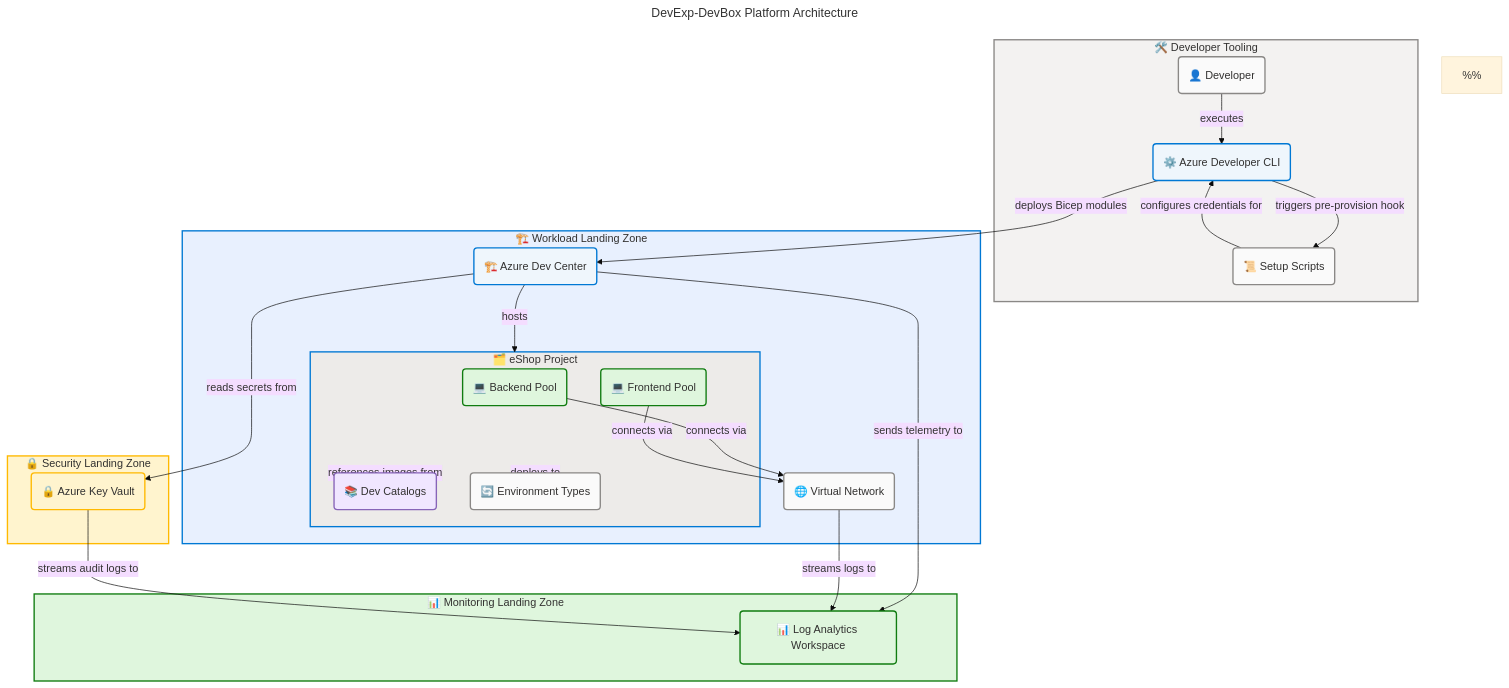
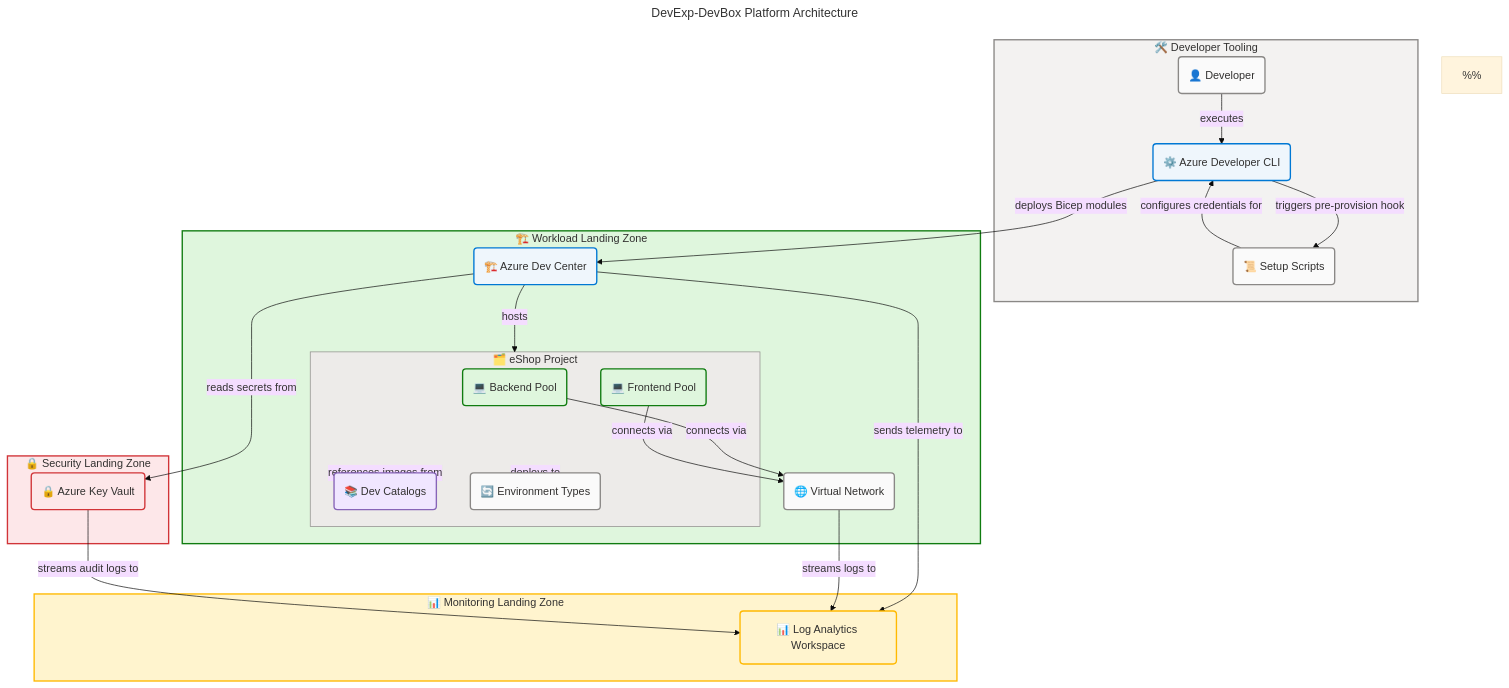
Before and after one commit to Evilazaro/DevExp-DevBox: the diagram in README.md, drawn with Mermaid.

Commit message:
Refactor README.md to enhance clarity in platform architecture descriptions and update color coding for security and monitoring zones.

````diff
--- a/README.md
+++ b/README.md
@@ -482,79 +482,81 @@
 ```mermaid
 ---
 title: "DevExp-DevBox Platform Architecture"
 config:
   theme: base
   look: classic
   layout: dagre
   themeVariables:
     fontSize: '16px'
   flowchart:
     htmlLabels: true
 ---
 flowchart TB
     accTitle: DevExp-DevBox Platform Architecture
-    accDescr: Shows the DevExp-DevBox platform spanning Developer Tooling, Workload, Security, and Monitoring Landing Zones with azd CLI orchestrating Bicep module deployments to Azure Dev Center, Key Vault, and Log Analytics Workspace. Developer=neutral, AzdCli=core, SetupScripts=neutral, DevCenter=core, VNet=neutral, BackendPool=success, FrontendPool=success, Catalogs=data, EnvTypes=neutral, KeyVault=warning, LogAnalytics=success. WCAG AA compliant.
+    accDescr: Shows the DevExp-DevBox platform spanning Developer Tooling, Workload, Security, and Monitoring Landing Zones with azd CLI orchestrating Bicep module deployments to Azure Dev Center, Key Vault, and Log Analytics Workspace. Developer=neutral, AzdCli=core, SetupScripts=neutral, DevCenter=core, VNet=neutral, BackendPool=success, FrontendPool=success, Catalogs=data, EnvTypes=neutral, KeyVault=danger, LogAnalytics=warning. devtools=neutral surface, workload=success zone, security=danger zone, monitoring=warning zone, eshopProject=Level2 neutral. WCAG AA compliant.
 
     %%
     %% AZURE / FLUENT ARCHITECTURE PATTERN v2.0
     %% (Semantic + Structural + Font + Accessibility Governance)
     %%
     %% PHASE 1 - FLUENT UI: All styling uses approved Fluent UI palette only
     %% PHASE 2 - GROUPS: Every subgraph has semantic color via style directive
     %% PHASE 3 - COMPONENTS: Every node has semantic classDef + icon prefix
     %% PHASE 4 - ACCESSIBILITY: accTitle/accDescr present, WCAG AA contrast
     %% PHASE 5 - STANDARD: Governance block present, classDefs centralized
     %%
 
     subgraph devtools ["🛠️ Developer Tooling"]
         Dev("👤 Developer"):::neutral
         AzdCli("⚙️ Azure Developer CLI"):::core
         SetupScripts("📜 Setup Scripts"):::neutral
     end
 
     subgraph workload ["🏗️ Workload Landing Zone"]
         DevCenter("🏗️ Azure Dev Center"):::core
         VNet("🌐 Virtual Network"):::neutral
 
         subgraph eshopProject ["🗂️ eShop Project"]
             BackendPool("💻 Backend Pool"):::success
             FrontendPool("💻 Frontend Pool"):::success
             Catalogs("📚 Dev Catalogs"):::data
             EnvTypes("🔄 Environment Types"):::neutral
         end
     end
 
     subgraph security ["🔒 Security Landing Zone"]
-        KeyVault("🔒 Azure Key Vault"):::warning
+        KeyVault("🔒 Azure Key Vault"):::danger
     end
 
     subgraph monitoring ["📊 Monitoring Landing Zone"]
-        LogAnalytics("📊 Log Analytics Workspace"):::success
+        LogAnalytics("📊 Log Analytics Workspace"):::warning
     end
 
     Dev -->|"executes"| AzdCli
     AzdCli -->|"triggers pre-provision hook"| SetupScripts
     AzdCli -->|"deploys Bicep modules"| DevCenter
     SetupScripts -->|"configures credentials for"| AzdCli
     DevCenter -->|"hosts"| eshopProject
     BackendPool -->|"connects via"| VNet
     FrontendPool -->|"connects via"| VNet
     eshopProject -->|"references images from"| Catalogs
     eshopProject -->|"deploys to"| EnvTypes
     DevCenter -->|"reads secrets from"| KeyVault
     DevCenter -->|"sends telemetry to"| LogAnalytics
     VNet -->|"streams logs to"| LogAnalytics
     KeyVault -->|"streams audit logs to"| LogAnalytics
 
     style devtools fill:#F3F2F1,stroke:#8A8886,stroke-width:2px,color:#323130
-    style workload fill:#E8F0FE,stroke:#0078D4,stroke-width:2px,color:#323130
-    style eshopProject fill:#EDEBE9,stroke:#0078D4,stroke-width:2px,color:#323130
-    style security fill:#FFF4CE,stroke:#FFB900,stroke-width:2px,color:#323130
-    style monitoring fill:#DFF6DD,stroke:#107C10,stroke-width:2px,color:#323130
+    style workload fill:#DFF6DD,stroke:#107C10,stroke-width:2px,color:#323130
+    style eshopProject fill:#EDEBE9,stroke:#8A8886,stroke-width:1px,color:#323130
+    style security fill:#FDE7E9,stroke:#D13438,stroke-width:2px,color:#323130
+    style monitoring fill:#FFF4CE,stroke:#FFB900,stroke-width:2px,color:#323130
 
     classDef neutral fill:#FAFAFA,stroke:#8A8886,stroke-width:2px,color:#323130
     classDef core fill:#EFF6FC,stroke:#0078D4,stroke-width:2px,color:#323130
     classDef success fill:#DFF6DD,stroke:#107C10,stroke-width:2px,color:#323130
     classDef warning fill:#FFF4CE,stroke:#FFB900,stroke-width:2px,color:#323130
+    classDef danger fill:#FDE7E9,stroke:#D13438,stroke-width:2px,color:#323130
     classDef data fill:#F0E6FF,stroke:#8764B8,stroke-width:2px,color:#323130
+    classDef external fill:#E6F5F0,stroke:#036B52,stroke-width:2px,color:#323130
 ```
````
